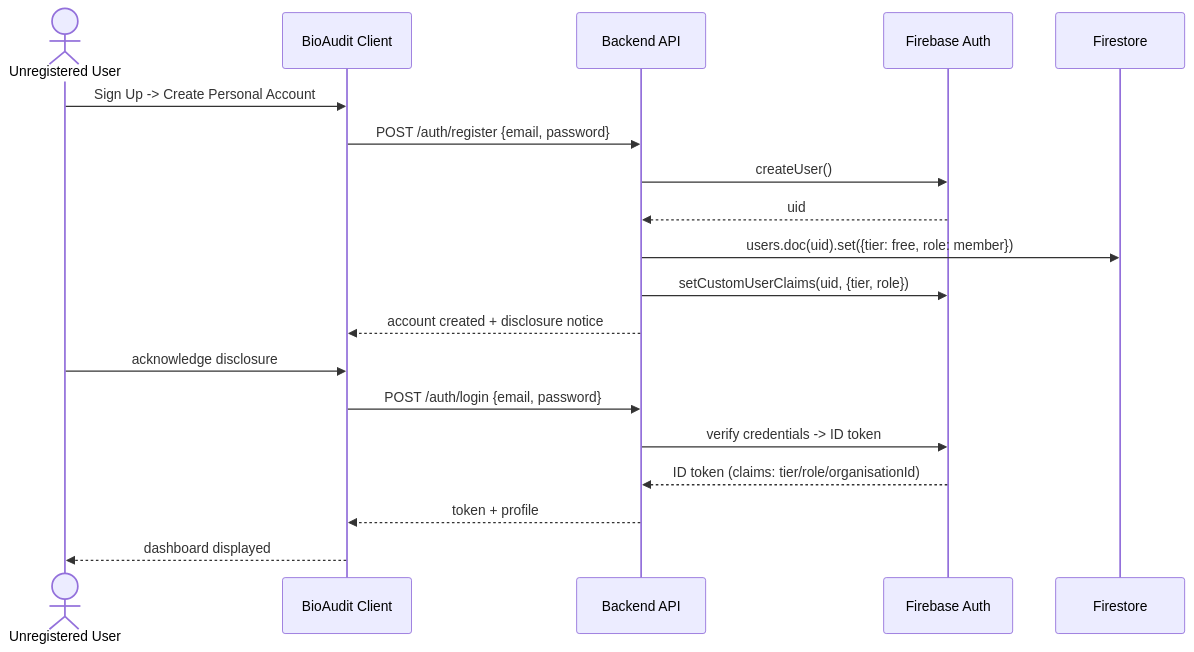
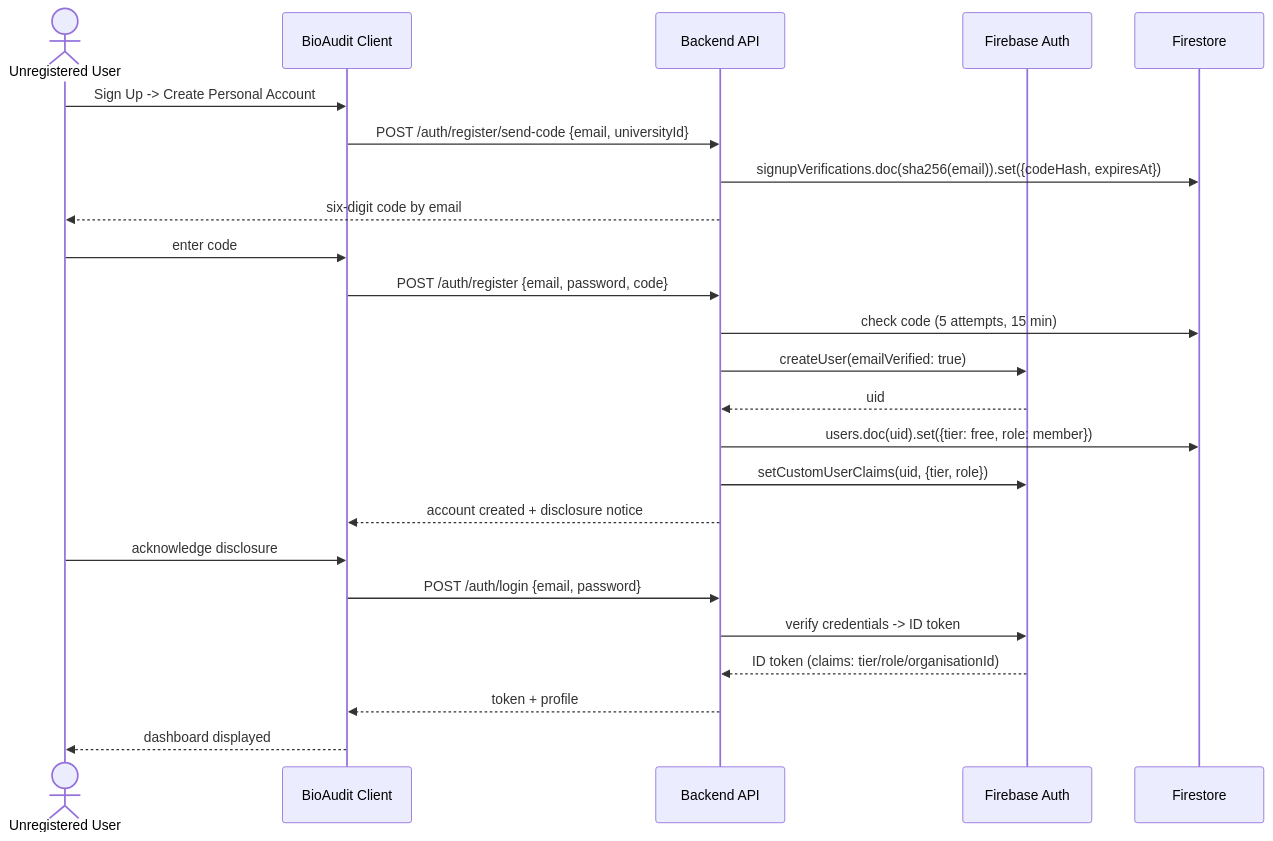
Before and after one commit to FYP-UOW-2026/Final_Year_Project: the fifth of 10 diagrams in backend/docs/TDM-technical-design-manual.md, drawn with Mermaid. The commit also changed 21 other files, not shown here.

First line of the commit message:
Verify a student's university email before creating their account

````diff
--- a/backend/docs/TDM-technical-design-manual.md
+++ b/backend/docs/TDM-technical-design-manual.md
@@ -245,22 +245,27 @@
 ```mermaid
 sequenceDiagram
     actor U as Unregistered User
     participant GUI as BioAudit Client
     participant API as Backend API
     participant FBA as Firebase Auth
     participant FS as Firestore
 
     U->>GUI: Sign Up -> Create Personal Account
-    GUI->>API: POST /auth/register {email, password}
-    API->>FBA: createUser()
+    GUI->>API: POST /auth/register/send-code {email, universityId}
+    API->>FS: signupVerifications.doc(sha256(email)).set({codeHash, expiresAt})
+    API-->>U: six-digit code by email
+    U->>GUI: enter code
+    GUI->>API: POST /auth/register {email, password, code}
+    API->>FS: check code (5 attempts, 15 min)
+    API->>FBA: createUser(emailVerified: true)
     FBA-->>API: uid
     API->>FS: users.doc(uid).set({tier: free, role: member})
     API->>FBA: setCustomUserClaims(uid, {tier, role})
     API-->>GUI: account created + disclosure notice
     U->>GUI: acknowledge disclosure
     GUI->>API: POST /auth/login {email, password}
     API->>FBA: verify credentials -> ID token
     FBA-->>API: ID token (claims: tier/role/organisationId)
     API-->>GUI: token + profile
     GUI-->>U: dashboard displayed
 ```
````
